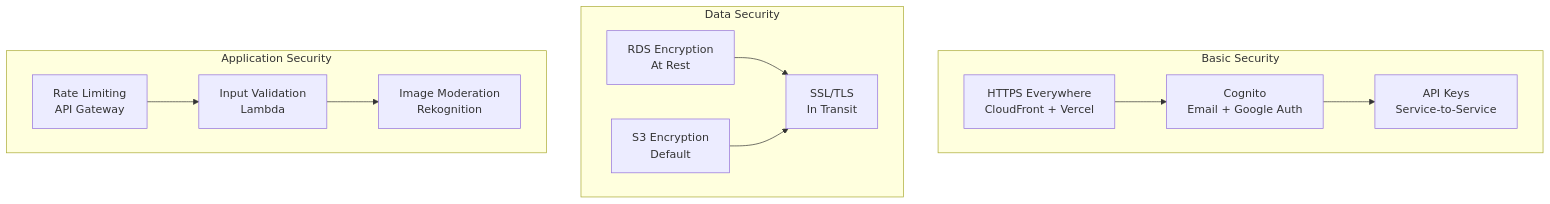
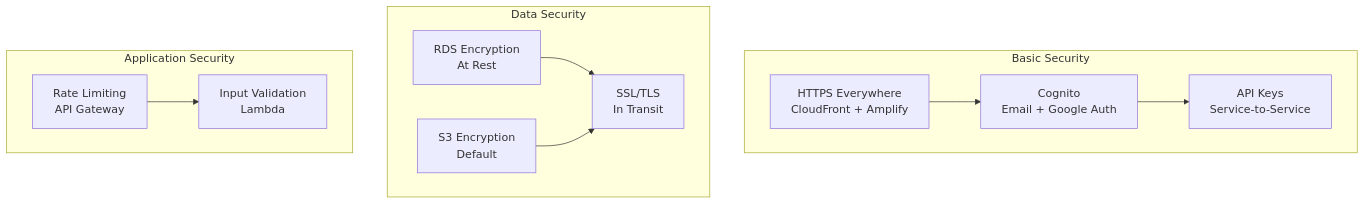
Before and after one commit to bailedk/mile-quest: the fifth of 8 diagrams in docs/agents/01-architecture/current/infrastructure-diagram-mvp.md, drawn with Mermaid. The commit also changed other lines of this file and 7 other files, not shown here.

First line of the commit message:
Switch hosting from Vercel to AWS Amplify and remove image upload features

````diff
--- a/docs/agents/01-architecture/current/infrastructure-diagram-mvp.md
+++ b/docs/agents/01-architecture/current/infrastructure-diagram-mvp.md
@@ -137,27 +130,25 @@
 ```mermaid
 graph TB
     subgraph "Basic Security"
-        HTTPS[HTTPS Everywhere<br/>CloudFront + Vercel]
+        HTTPS[HTTPS Everywhere<br/>CloudFront + Amplify]
         COG[Cognito<br/>Email + Google Auth]
         APIK[API Keys<br/>Service-to-Service]
     end
     
     subgraph "Data Security"
         RDS_E[RDS Encryption<br/>At Rest]
         S3_E[S3 Encryption<br/>Default]
         SSL[SSL/TLS<br/>In Transit]
     end
     
     subgraph "Application Security"
         RATE[Rate Limiting<br/>API Gateway]
         VAL[Input Validation<br/>Lambda]
-        MOD[Image Moderation<br/>Rekognition]
     end
     
     HTTPS --> COG
     COG --> APIK
     RDS_E --> SSL
     S3_E --> SSL
     RATE --> VAL
-    VAL --> MOD
 ```
````
